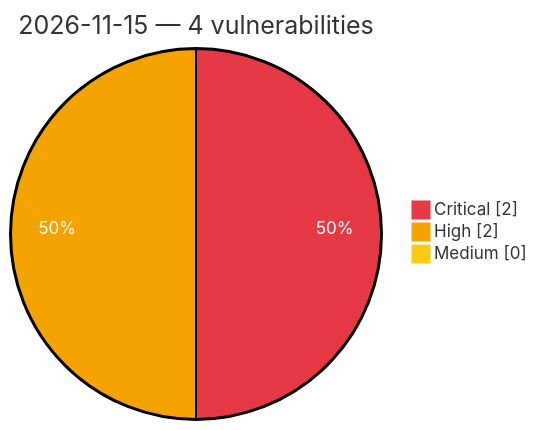
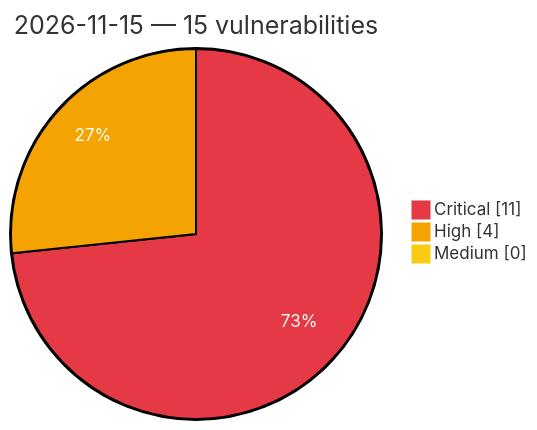
Before and after one commit to GhostX0X/vuln-tracker: the diagram in vulnerabilities/2026/November/2026-11-15.md, drawn with Mermaid. The commit also changed other lines of this file and 5 other files, not shown here.

Commit message:
Auto update: critical/high vulns (2026-11-15 15:20 UTC)

````diff
--- a/vulnerabilities/2026/November/2026-11-15.md
+++ b/vulnerabilities/2026/November/2026-11-15.md
@@ -3,8 +3,8 @@
 ```mermaid
 %%{init: {'theme':'base', 'themeVariables': {'pie1':'#e63946', 'pie2':'#f4a300', 'pie3':'#facc15', 'pieOpacity':'1', 'pieOuterStrokeWidth':'2px', 'pieSectionTextColor':'#ffffff'}}}%%
 pie showData
-    title 2026-11-15 — 4 vulnerabilities
-    "Critical" : 2
-    "High" : 2
+    title 2026-11-15 — 15 vulnerabilities
+    "Critical" : 11
+    "High" : 4
     "Medium" : 0
 ```
````
